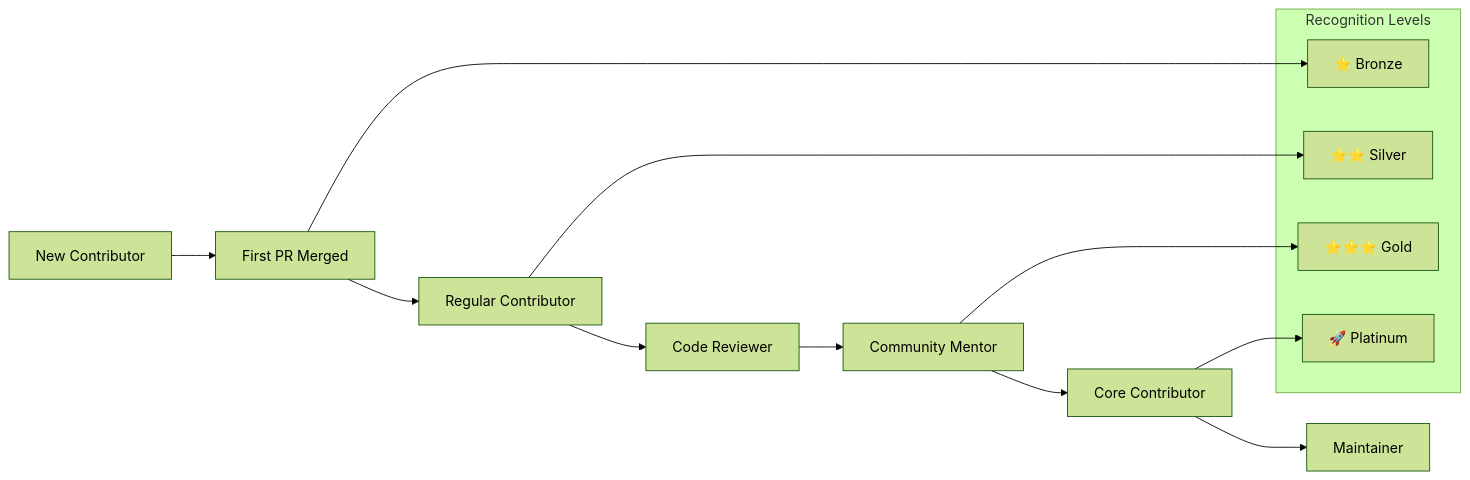
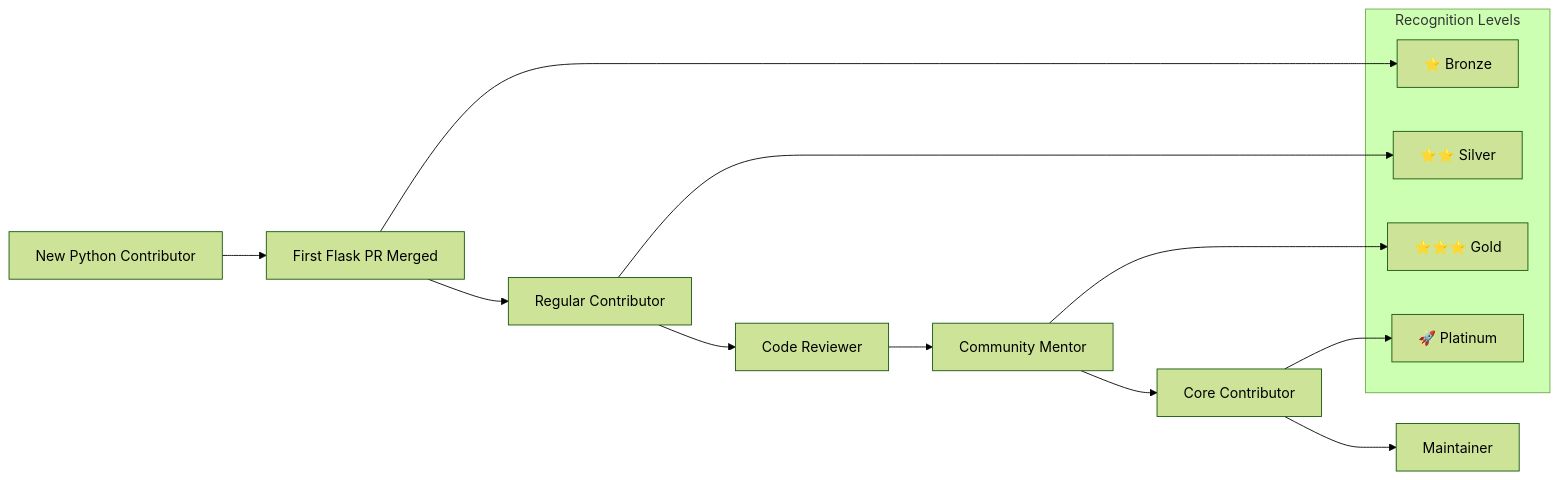
The second of 2 diagrams in CONTRIBUTING.md (blitzytest02/blitzy-20250603112937552), drawn with Mermaid (forest theme) before and after one commit. The commit also changed other lines of this file, not shown here.

````diff
--- a/CONTRIBUTING.md
+++ b/CONTRIBUTING.md
@@ -1773,21 +2041,21 @@
 ```mermaid
 flowchart LR
-    A[New Contributor] --> B[First PR Merged]
+    A[New Python Contributor] --> B[First Flask PR Merged]
     B --> C[Regular Contributor]
     C --> D[Code Reviewer]
     D --> E[Community Mentor]
     E --> F[Core Contributor]
     F --> G[Maintainer]
     
     subgraph "Recognition Levels"
         H[⭐ Bronze]
         I[⭐⭐ Silver] 
         J[⭐⭐⭐ Gold]
         K[🚀 Platinum]
     end
     
     B --> H
     C --> I
     E --> J
     F --> K
 ```
````
